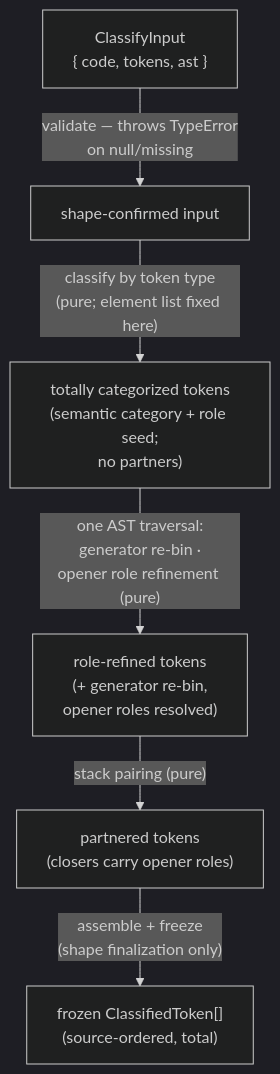
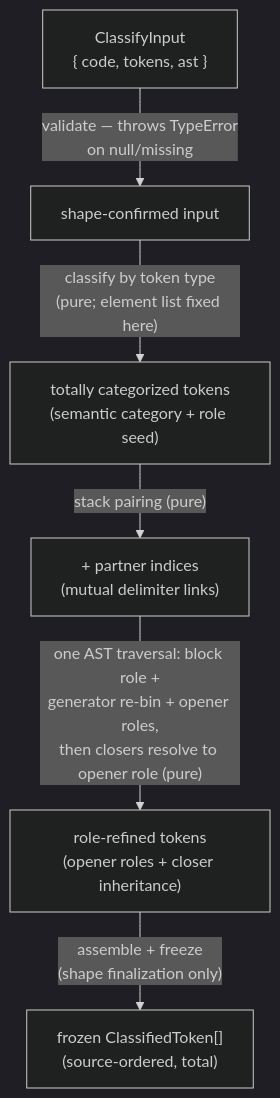
The diagram in src/lib/study-lenses/lib/classifying/DOCS.md (codeschoolinabox/curricula), drawn with Mermaid (dark theme) before and after one commit. The commit also changed other lines of this file and 4 other files, not shown here.

First line of the commit message:
add: role block-statement braces and inherit roles onto delimiter closers

````diff
--- a/src/lib/study-lenses/lib/classifying/DOCS.md
+++ b/src/lib/study-lenses/lib/classifying/DOCS.md
@@ -77,15 +82,15 @@
 ```mermaid
 flowchart TD
     In["ClassifyInput<br/>{ code, tokens, ast }"]
     Shaped["shape-confirmed input"]
-    Seeded["totally categorized tokens<br/>(semantic category + role seed;<br/>no partners)"]
-    Refined["role-refined tokens<br/>(+ generator re-bin,<br/>opener roles resolved)"]
-    Partnered["partnered tokens<br/>(closers carry opener roles)"]
+    Seeded["totally categorized tokens<br/>(semantic category + role seed)"]
+    Paired["+ partner indices<br/>(mutual delimiter links)"]
+    Refined["role-refined tokens<br/>(opener roles + closer inheritance)"]
     Out["frozen ClassifiedToken[]<br/>(source-ordered, total)"]
 
     In -->|"validate — throws TypeError<br/>on null/missing"| Shaped
     Shaped -->|"classify by token type<br/>(pure; element list fixed here)"| Seeded
-    Seeded -->|"one AST traversal:<br/>generator re-bin ·<br/>opener role refinement (pure)"| Refined
-    Refined -->|"stack pairing (pure)"| Partnered
-    Partnered -->|"assemble + freeze<br/>(shape finalization only)"| Out
+    Seeded -->|"stack pairing (pure)"| Paired
+    Paired -->|"one AST traversal: block role +<br/>generator re-bin + opener roles,<br/>then closers resolve to opener role (pure)"| Refined
+    Refined -->|"assemble + freeze<br/>(shape finalization only)"| Out
 ```
````
